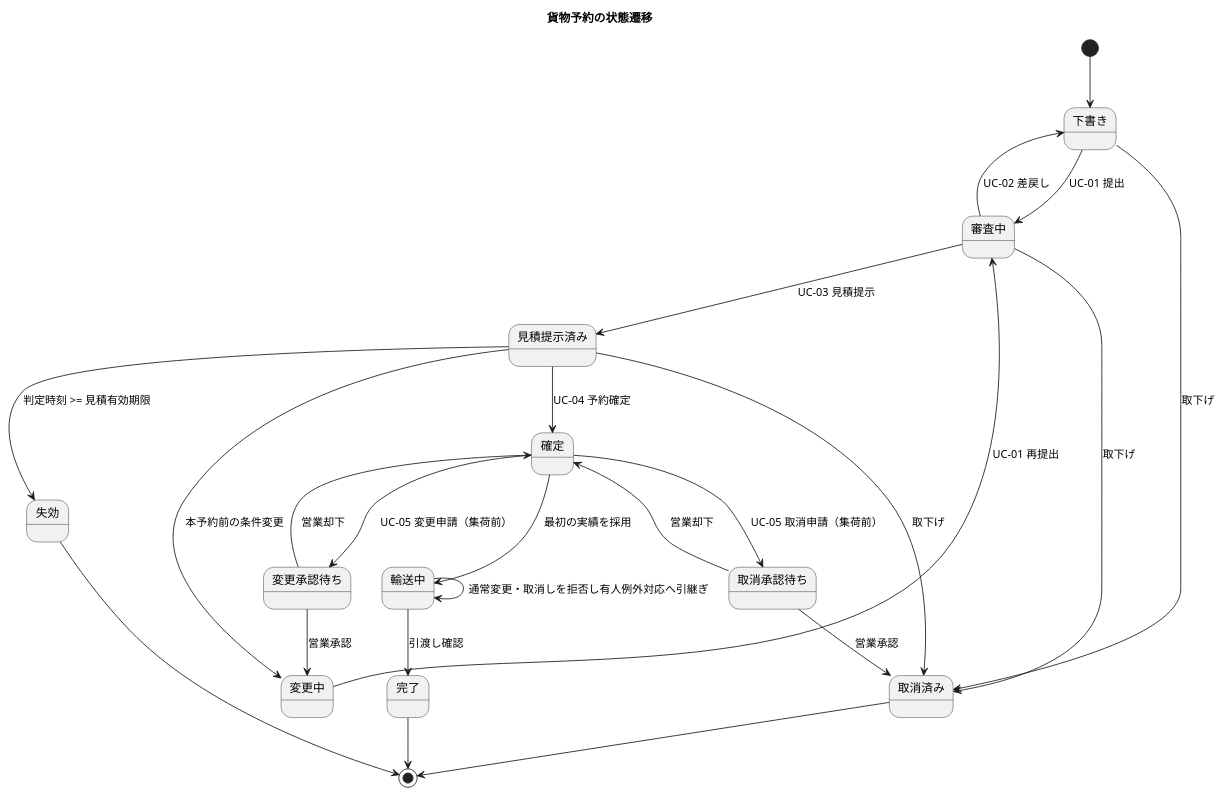
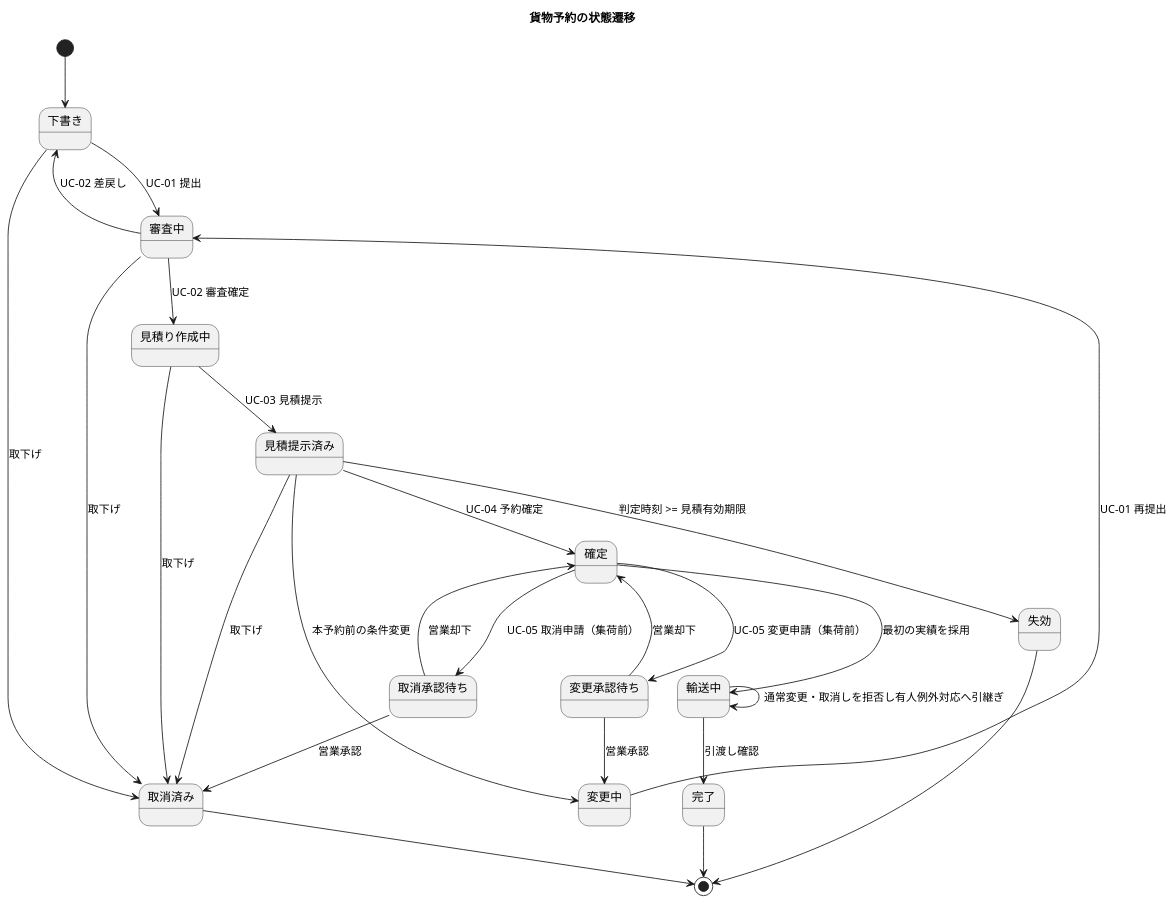
The eighth of 12 diagrams in docs/requirements/cargo-tracker/requirements_definition.md (k2works/practical-domain-driven-design-in-enterpris-application), drawn with PlantUML before and after one commit. The commit also changed other lines of this file and 6 other files, not shown here.

````diff
--- a/docs/requirements/cargo-tracker/requirements_definition.md
+++ b/docs/requirements/cargo-tracker/requirements_definition.md
@@ -598,28 +598,30 @@
 ```plantuml
 @startuml
 title 貨物予約の状態遷移
 [*] --> 下書き
 下書き --> 審査中 : UC-01 提出
 審査中 --> 下書き : UC-02 差戻し
-審査中 --> 見積提示済み : UC-03 見積提示
+審査中 --> 見積り作成中 : UC-02 審査確定
+見積り作成中 --> 見積提示済み : UC-03 見積提示
+見積り作成中 --> 取消済み : 取下げ
 見積提示済み --> 変更中 : 本予約前の条件変更
 変更中 --> 審査中 : UC-01 再提出
 見積提示済み --> 確定 : UC-04 予約確定
 見積提示済み --> 失効 : 判定時刻 >= 見積有効期限
 下書き --> 取消済み : 取下げ
 審査中 --> 取消済み : 取下げ
 見積提示済み --> 取消済み : 取下げ
 確定 --> 変更承認待ち : UC-05 変更申請（集荷前）
 変更承認待ち --> 変更中 : 営業承認
 変更承認待ち --> 確定 : 営業却下
 確定 --> 取消承認待ち : UC-05 取消申請（集荷前）
 取消承認待ち --> 取消済み : 営業承認
 取消承認待ち --> 確定 : 営業却下
 確定 --> 輸送中 : 最初の実績を採用
 輸送中 --> 輸送中 : 通常変更・取消しを拒否し有人例外対応へ引継ぎ
 輸送中 --> 完了 : 引渡し確認
 失効 --> [*]
 取消済み --> [*]
 完了 --> [*]
 @enduml
 ```
````
